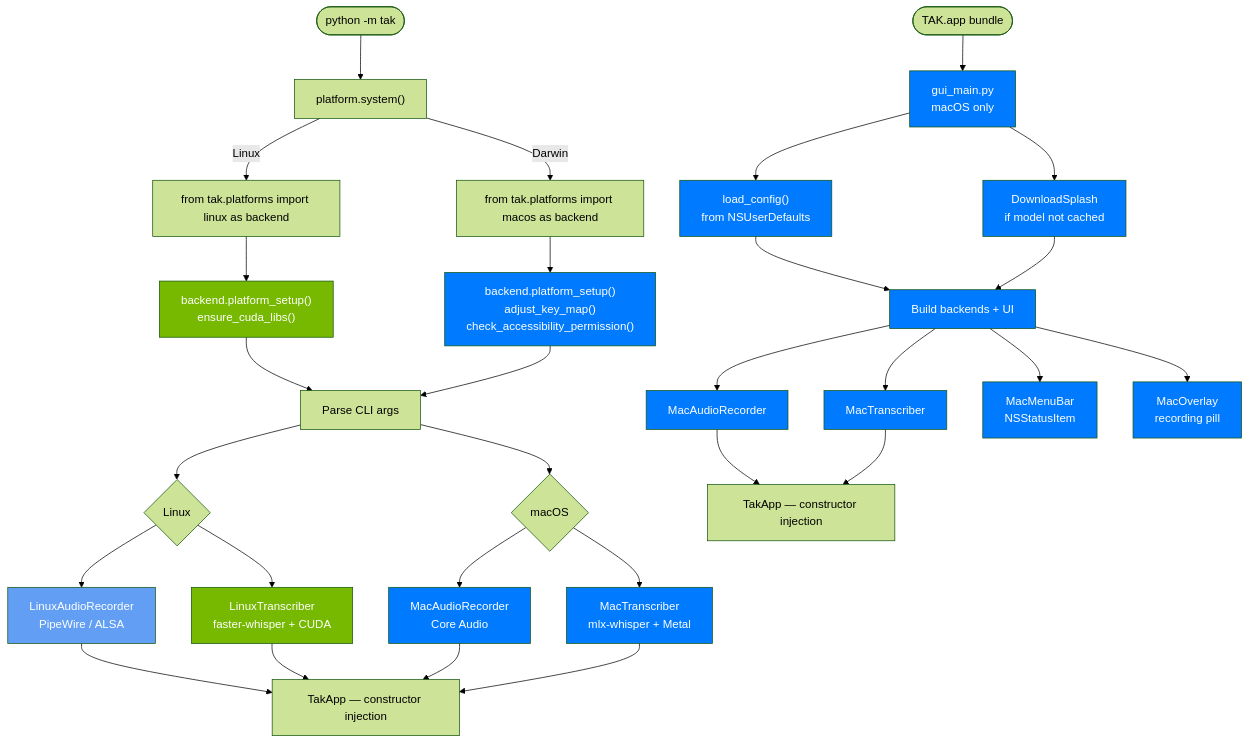
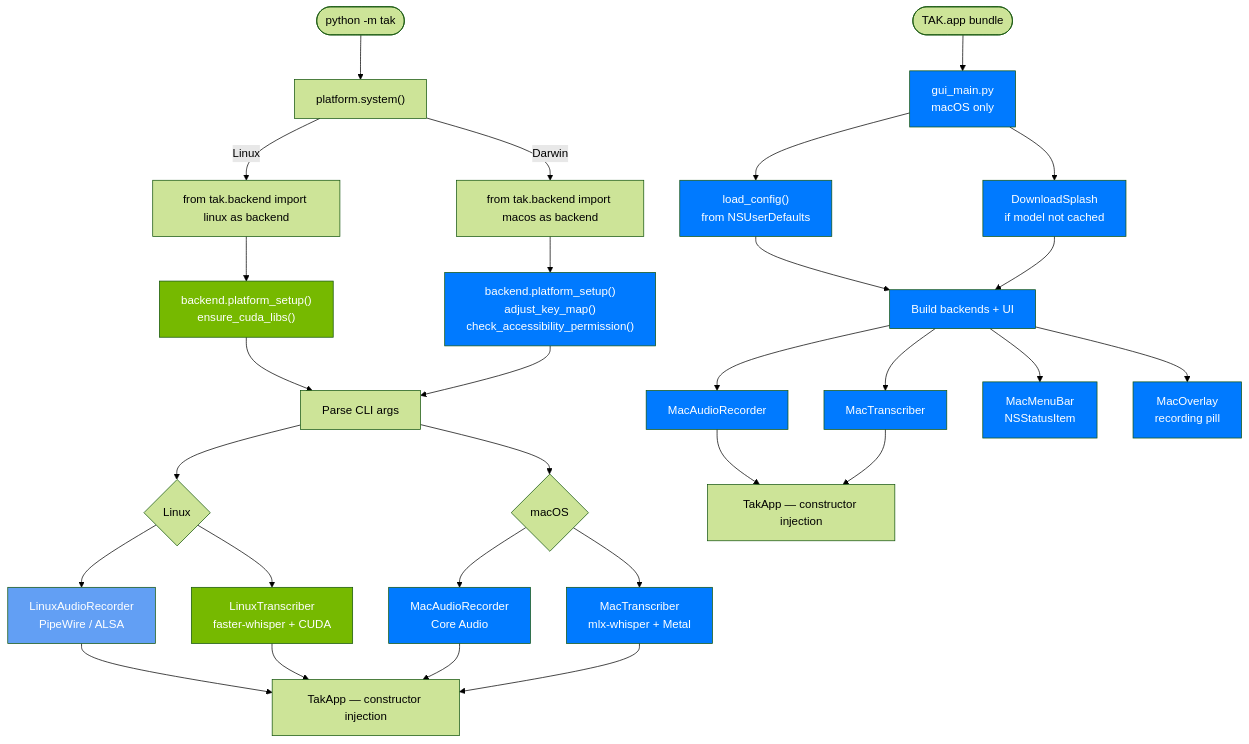
Before and after one commit to lchonkan/tak: the first of 9 diagrams in docs/platform-architecture.md, drawn with Mermaid (forest theme). The commit also changed other lines of this file and 45 other files, not shown here.

````diff
--- a/docs/platform-architecture.md
+++ b/docs/platform-architecture.md
@@ -18,54 +18,54 @@
 ```mermaid
 flowchart TD
     START_CLI([python -m tak]) --> DETECT["platform.system()"]
     START_GUI([TAK.app bundle]) --> GUI["gui_main.py<br/>macOS only"]
 
-    DETECT -->|"Linux"| LINUX_IMPORT["from tak.platforms import linux as backend"]
-    DETECT -->|"Darwin"| MAC_IMPORT["from tak.platforms import macos as backend"]
+    DETECT -->|"Linux"| LINUX_IMPORT["from tak.backend import linux as backend"]
+    DETECT -->|"Darwin"| MAC_IMPORT["from tak.backend import macos as backend"]
 
     LINUX_IMPORT --> LINUX_SETUP["backend.platform_setup()<br/>ensure_cuda_libs()"]
     MAC_IMPORT --> MAC_SETUP["backend.platform_setup()<br/>adjust_key_map()<br/>check_accessibility_permission()"]
 
     LINUX_SETUP --> ARGS[Parse CLI args]
     MAC_SETUP --> ARGS
 
     GUI --> GUI_CONFIG["load_config()<br/>from NSUserDefaults"]
     GUI --> GUI_SPLASH["DownloadSplash<br/>if model not cached"]
     GUI_CONFIG --> GUI_BUILD
     GUI_SPLASH --> GUI_BUILD
 
     ARGS --> BUILD_LINUX{Linux}
     ARGS --> BUILD_MAC{macOS}
 
     BUILD_LINUX --> LINUX_REC["LinuxAudioRecorder<br/>PipeWire / ALSA"]
     BUILD_LINUX --> LINUX_TR["LinuxTranscriber<br/>faster-whisper + CUDA"]
     BUILD_MAC --> MAC_REC["MacAudioRecorder<br/>Core Audio"]
     BUILD_MAC --> MAC_TR["MacTranscriber<br/>mlx-whisper + Metal"]
 
     GUI_BUILD["Build backends + UI"] --> MAC_REC_G["MacAudioRecorder"]
     GUI_BUILD --> MAC_TR_G["MacTranscriber"]
     GUI_BUILD --> MENUBAR["MacMenuBar<br/>NSStatusItem"]
     GUI_BUILD --> OVERLAY["MacOverlay<br/>recording pill"]
 
     LINUX_REC --> APP[TakApp — constructor injection]
     LINUX_TR --> APP
     MAC_REC --> APP
     MAC_TR --> APP
     MAC_REC_G --> APP_G[TakApp — constructor injection]
     MAC_TR_G --> APP_G
 
     style LINUX_SETUP fill:#76B900,color:#fff
     style MAC_SETUP fill:#007AFF,color:#fff
     style LINUX_REC fill:#629FF4,color:#fff
     style LINUX_TR fill:#76B900,color:#fff
     style MAC_REC fill:#007AFF,color:#fff
     style MAC_TR fill:#007AFF,color:#fff
     style GUI fill:#007AFF,color:#fff
     style GUI_CONFIG fill:#007AFF,color:#fff
     style GUI_SPLASH fill:#007AFF,color:#fff
     style GUI_BUILD fill:#007AFF,color:#fff
     style MAC_REC_G fill:#007AFF,color:#fff
     style MAC_TR_G fill:#007AFF,color:#fff
     style MENUBAR fill:#007AFF,color:#fff
     style OVERLAY fill:#007AFF,color:#fff
 ```
````
